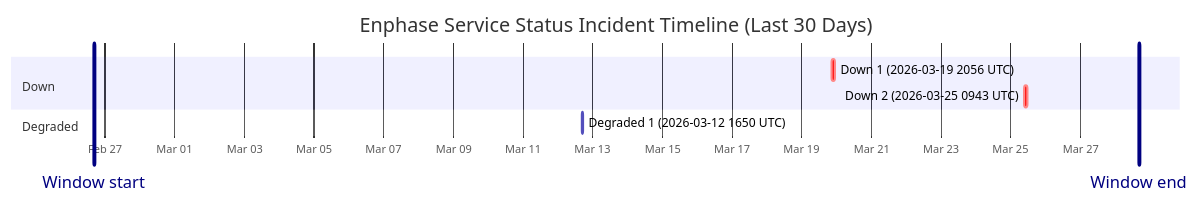
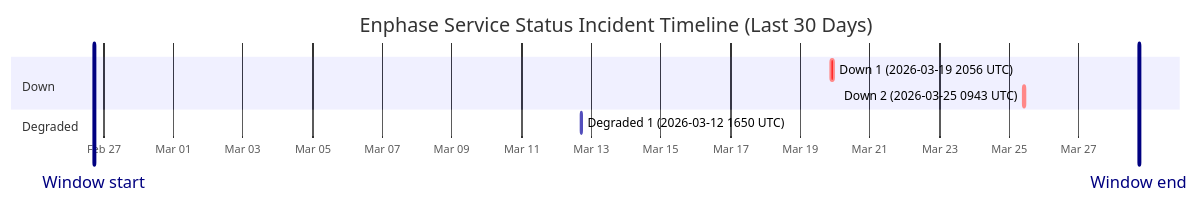
Before and after one commit to barneyonline/ha-enphase-ev-charger: the diagram in wiki/Service-Status-History.md, drawn with Mermaid. The commit also changed other lines of this file and 3 other files, not shown here.

````diff
--- a/wiki/Service-Status-History.md
+++ b/wiki/Service-Status-History.md
@@ -14,13 +14,13 @@
 ```mermaid
 gantt
     title Enphase Service Status Incident Timeline (Last 30 Days)
     dateFormat  YYYY-MM-DDTHH:mm:ss
     axisFormat  %b %d
-    Window start :vert, window-start, 2026-02-26T16:22:17, 0ms
-    Window end :vert, window-end, 2026-03-28T16:22:17, 0ms
+    Window start :vert, window-start, 2026-02-26T17:21:14, 0ms
+    Window end :vert, window-end, 2026-03-28T17:21:14, 0ms
     section Down
     Down 1 (2026-03-19 2056 UTC) :crit, down-1, 2026-03-19T20:56:20, 145m
     Down 2 (2026-03-25 0943 UTC) :crit, down-2, 2026-03-25T09:43:28, 111m
     section Degraded
     Degraded 1 (2026-03-12 1650 UTC) :active, degraded-1, 2026-03-12T16:50:43, 60m
 ```
````
